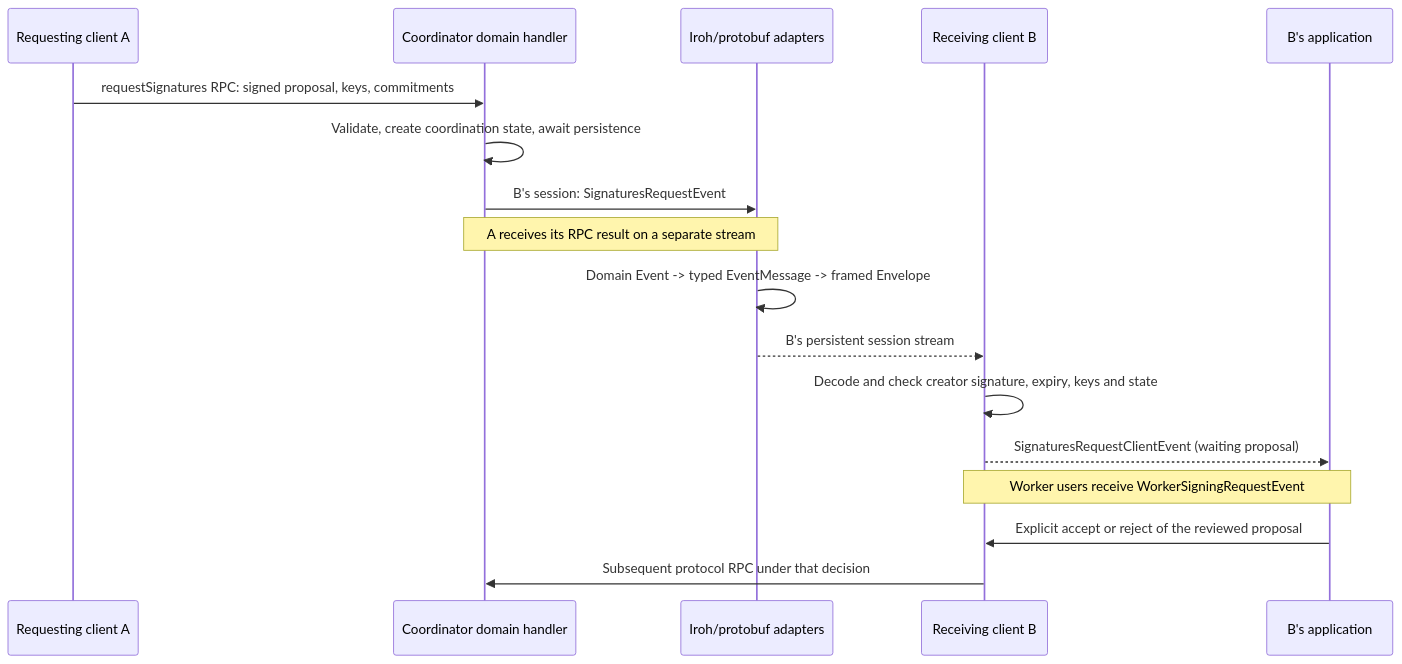
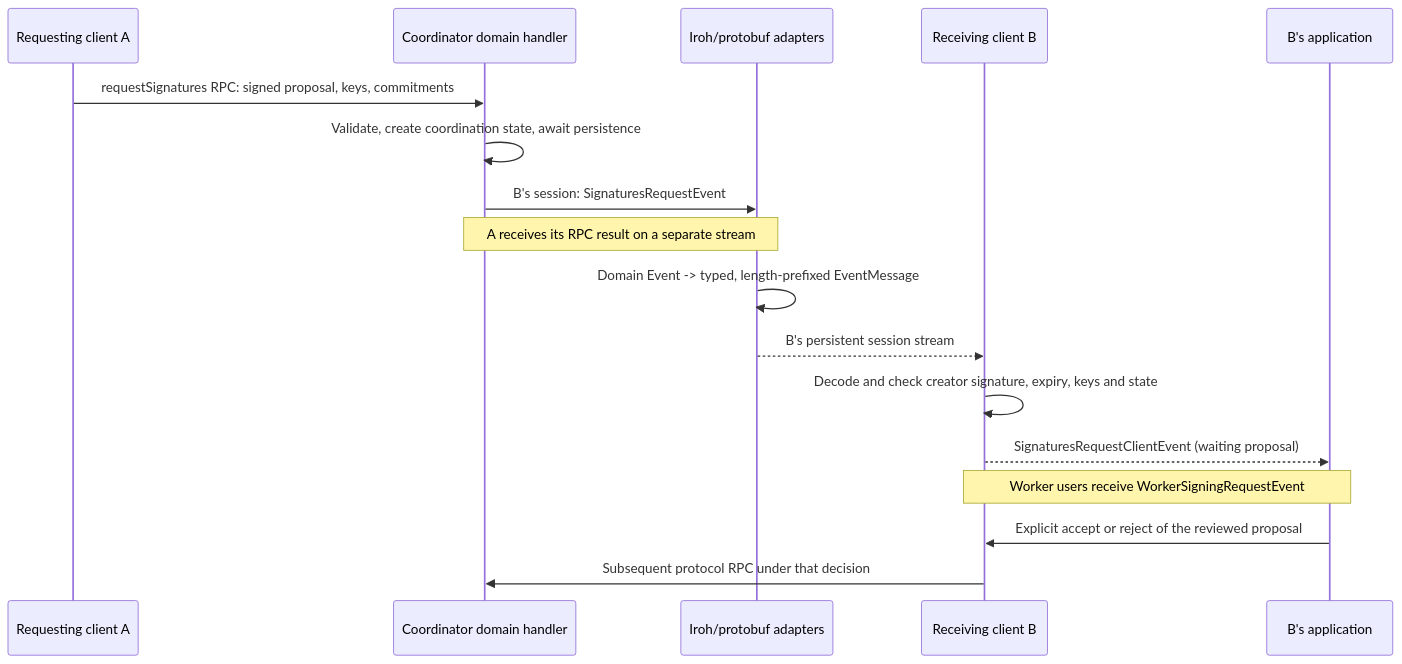
One commit to peerchemist/noosphere changed the second of 2 diagrams in architecture/events.md. Above: the diagram before and after it, drawn with Mermaid. The commit also changed other lines of this file and 39 other files, not shown here.

````diff
--- a/architecture/events.md
+++ b/architecture/events.md
@@ -179,19 +178,19 @@
 ```mermaid
 sequenceDiagram
     participant A as Requesting client A
     participant S as Coordinator domain handler
     participant T as Iroh/protobuf adapters
     participant B as Receiving client B
     participant H as B's application
     A->>S: requestSignatures RPC: signed proposal, keys, commitments
     S->>S: Validate, create coordination state, await persistence
     S->>T: B's session: SignaturesRequestEvent
     Note over S,T: A receives its RPC result on a separate stream
-    T->>T: Domain Event -> typed EventMessage -> framed Envelope
+    T->>T: Domain Event -> typed, length-prefixed EventMessage
     T-->>B: B's persistent session stream
     B->>B: Decode and check creator signature, expiry, keys and state
     B-->>H: SignaturesRequestClientEvent (waiting proposal)
     Note over B,H: Worker users receive WorkerSigningRequestEvent
     H->>B: Explicit accept or reject of the reviewed proposal
     B->>S: Subsequent protocol RPC under that decision
 ```
````
